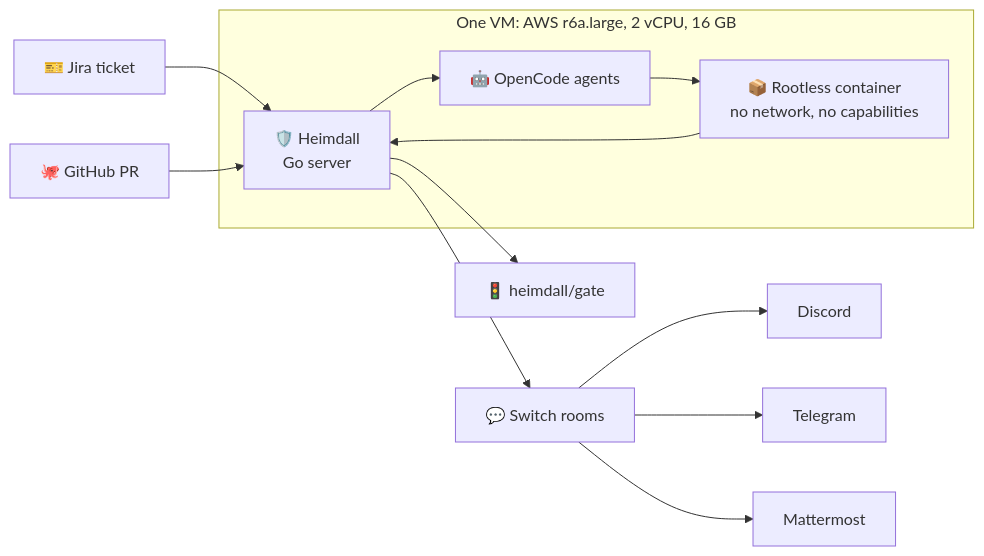
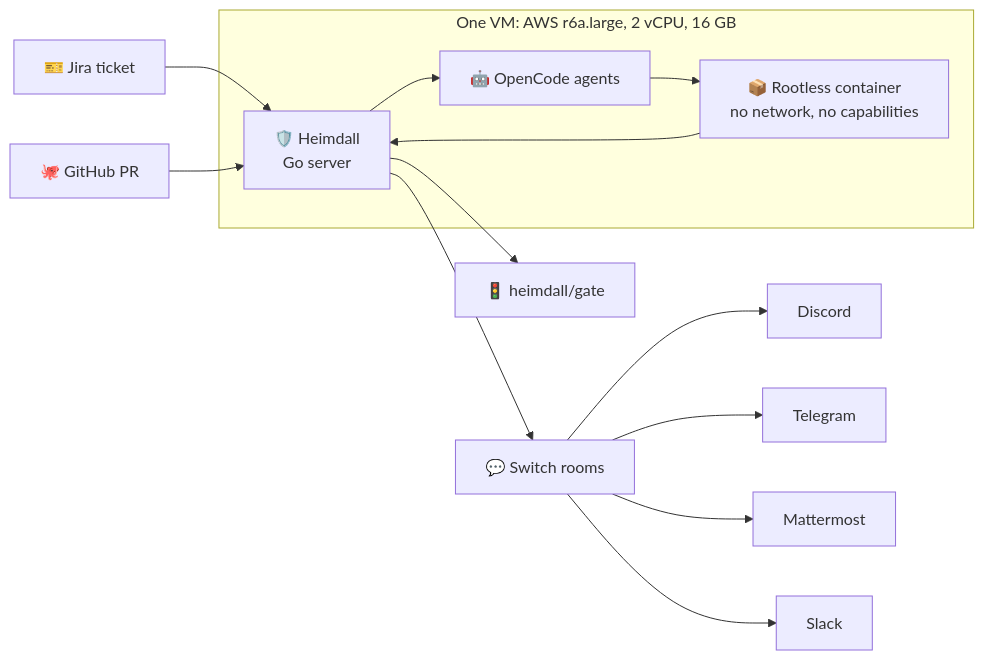
One commit to prathameshk421/Heimdall changed the first of 2 diagrams in README.md. Above: the diagram before and after it, drawn with Mermaid. The commit also changed other lines of this file and 8 other files, not shown here.

````diff
--- a/README.md
+++ b/README.md
@@ -67,15 +69,16 @@
 ```mermaid
 flowchart LR
   J["🎫 Jira ticket"] --> H
   G["🐙 GitHub PR"] --> H
   subgraph VM["One VM: AWS r6a.large, 2 vCPU, 16 GB"]
     H["🛡️ Heimdall<br/>Go server"] --> A["🤖 OpenCode agents"]
     A --> C["📦 Rootless container<br/>no network, no capabilities"]
     C --> H
   end
   H --> R["🚦 heimdall/gate"]
   H --> S["💬 Switch rooms"]
   S --> D["Discord"]
   S --> T["Telegram"]
   S --> M["Mattermost"]
+  S --> K["Slack"]
 ```
````
